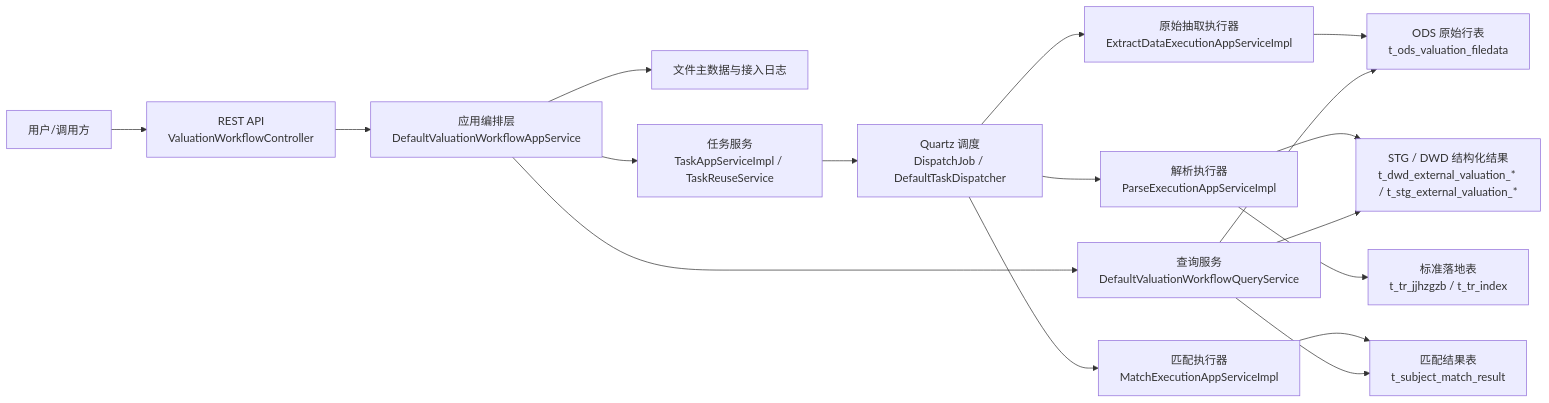
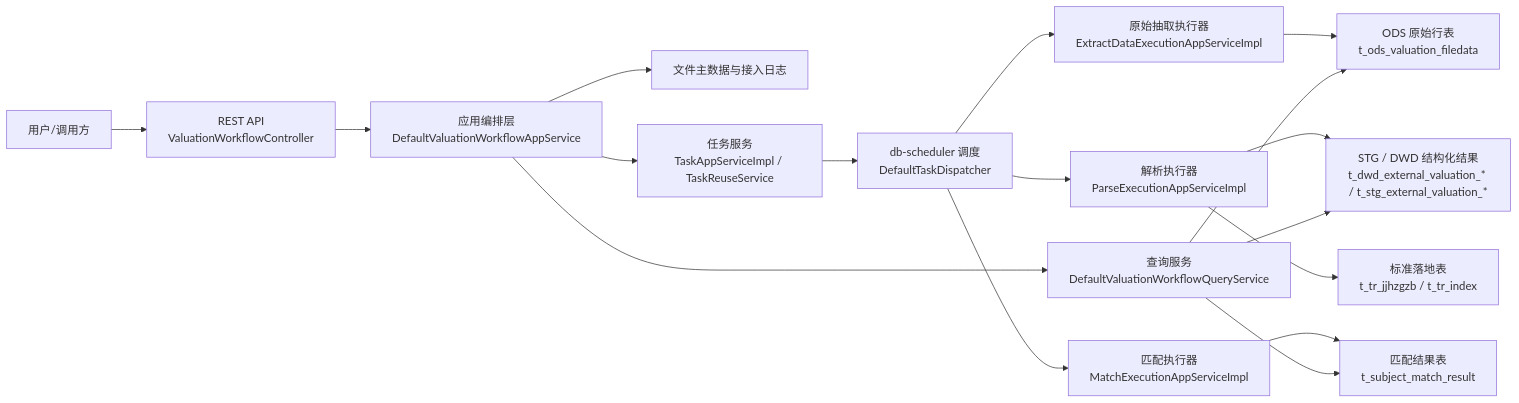
One commit to iloveZzz/valset-standardizer-java changed the first of 2 diagrams in docs/architecture-overview.md. Above: the diagram before and after it, drawn with Mermaid. The commit also changed other lines of this file and 612 other files, not shown here.

````diff
--- a/docs/architecture-overview.md
+++ b/docs/architecture-overview.md
@@ -61,19 +61,19 @@
 ```mermaid
 flowchart LR
     U["用户/调用方"] --> C["REST API<br/>ValuationWorkflowController"]
     C --> A["应用编排层<br/>DefaultValuationWorkflowAppService"]
     A --> F["文件主数据与接入日志"]
     A --> T["任务服务<br/>TaskAppServiceImpl / TaskReuseService"]
-    T --> Q["Quartz 调度<br/>DispatchJob / DefaultTaskDispatcher"]
+    T --> Q["db-scheduler 调度<br/>DefaultTaskDispatcher"]
     Q --> E1["原始抽取执行器<br/>ExtractDataExecutionAppServiceImpl"]
     Q --> E2["解析执行器<br/>ParseExecutionAppServiceImpl"]
     Q --> E3["匹配执行器<br/>MatchExecutionAppServiceImpl"]
     E1 --> ODS["ODS 原始行表<br/>t_ods_valuation_filedata"]
     E2 --> STG["STG / DWD 结构化结果<br/>t_dwd_external_valuation_* / t_stg_external_valuation_*"]
     E2 --> TR["标准落地表<br/>t_tr_jjhzgzb / t_tr_index"]
     E3 --> RES["匹配结果表<br/>t_subject_match_result"]
     A --> QRY["查询服务<br/>DefaultValuationWorkflowQueryService"]
     QRY --> ODS
     QRY --> STG
     QRY --> RES
 ```
````
